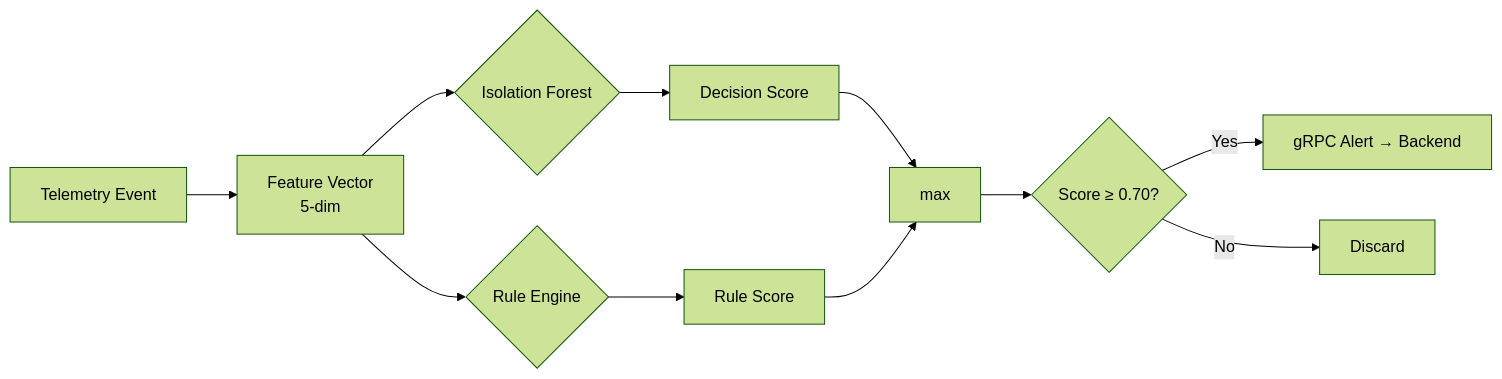
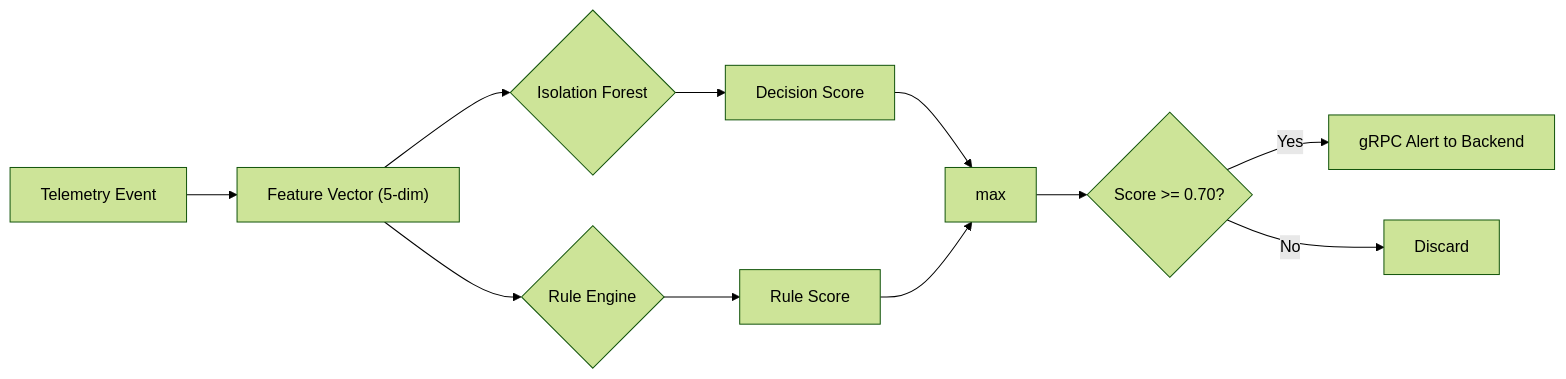
The third of 4 diagrams in README.md (The-Peacemaker/sentinel-mesh-platform), drawn with Mermaid (forest theme) before and after one commit. The commit also changed other lines of this file, not shown here.

Commit message:
docs: professional README overhaul with architecture diagrams, mathematical notation, and clean typography

````diff
--- a/README.md
+++ b/README.md
@@ -139,13 +105,13 @@
 ```mermaid
 flowchart LR
-    T[Telemetry Event] --> FV[Feature Vector<br/>5-dim]
-    FV --> IF{Isolation Forest}
-    FV --> RB{Rule Engine}
-    IF --> RS1[Decision Score]
-    RB --> RS2[Rule Score]
-    RS1 --> AGG[max⁡]
+    T["Telemetry Event"] --> FV["Feature Vector (5-dim)"]
+    FV --> IF{"Isolation Forest"}
+    FV --> RB{"Rule Engine"}
+    IF --> RS1["Decision Score"]
+    RB --> RS2["Rule Score"]
+    RS1 --> AGG["max"]
     RS2 --> AGG
-    AGG --> TH{Score ≥ 0.70?}
-    TH -->|Yes| GRPC[gRPC Alert → Backend]
-    TH -->|No| DISCARD[Discard]
+    AGG --> TH{"Score >= 0.70?"}
+    TH -->|"Yes"| GRPC["gRPC Alert to Backend"]
+    TH -->|"No"| DISCARD["Discard"]
 ```
````
